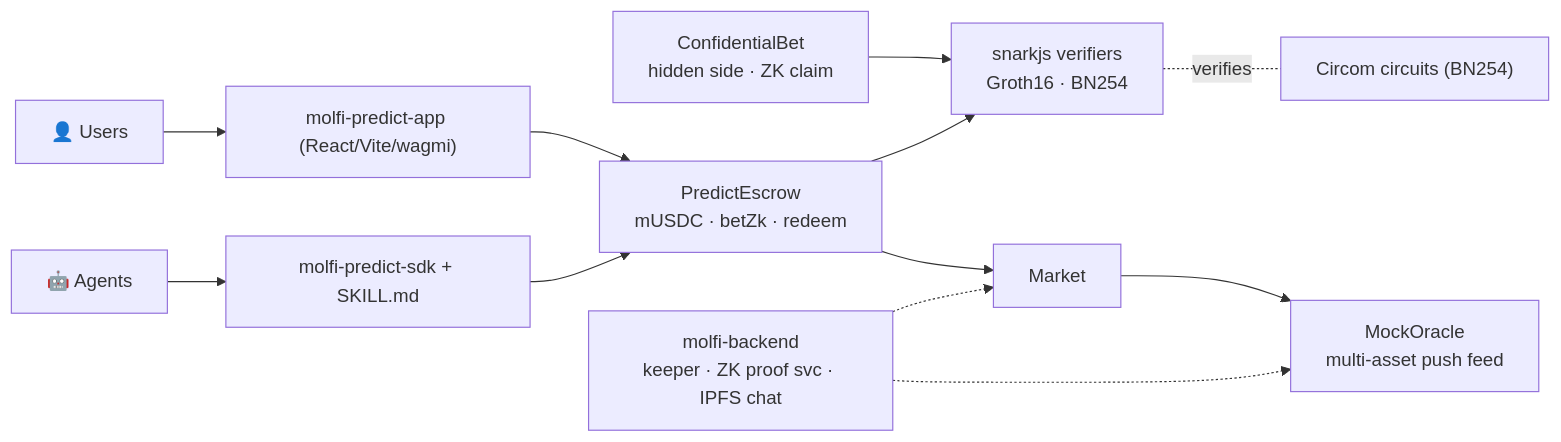
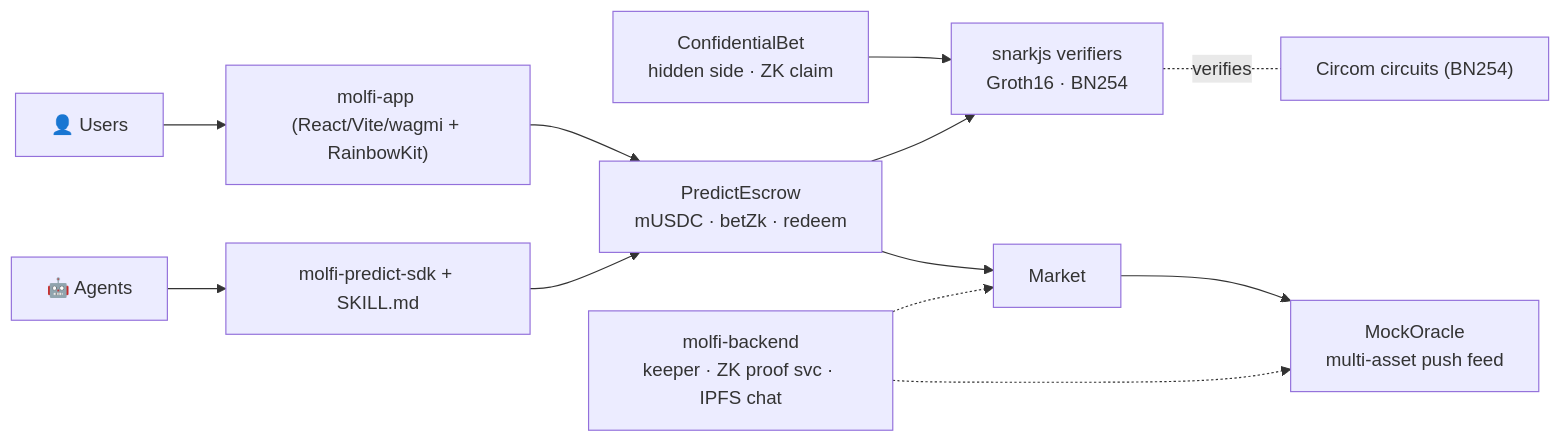
Before and after one commit to nickthelegend/molfi-predict-hashkey-monorepo: the diagram in README.md, drawn with Mermaid. The commit also changed other lines of this file and 478 other files, not shown here.

Commit message:
Remove molfi-predict-app; molfi-app is the primary web app

````diff
--- a/README.md
+++ b/README.md
@@ -57,14 +57,14 @@
 ```mermaid
 flowchart LR
-  U["👤 Users"] --> APP["molfi-predict-app (React/Vite/wagmi)"]
+  U["👤 Users"] --> APP["molfi-app (React/Vite/wagmi + RainbowKit)"]
   AG["🤖 Agents"] --> SDK["molfi-predict-sdk + SKILL.md"]
   APP --> ESC["PredictEscrow<br/>mUSDC · betZk · redeem"]
   SDK --> ESC
   CONF["ConfidentialBet<br/>hidden side · ZK claim"] --> VER["snarkjs verifiers<br/>Groth16 · BN254"]
   ESC --> VER
   ESC --> MKT["Market"]
   MKT --> ORC["MockOracle<br/>multi-asset push feed"]
   BE["molfi-backend<br/>keeper · ZK proof svc · IPFS chat"] -.-> MKT
   BE -.-> ORC
   VER -. verifies .- CIRC["Circom circuits (BN254)"]
 ```
````
